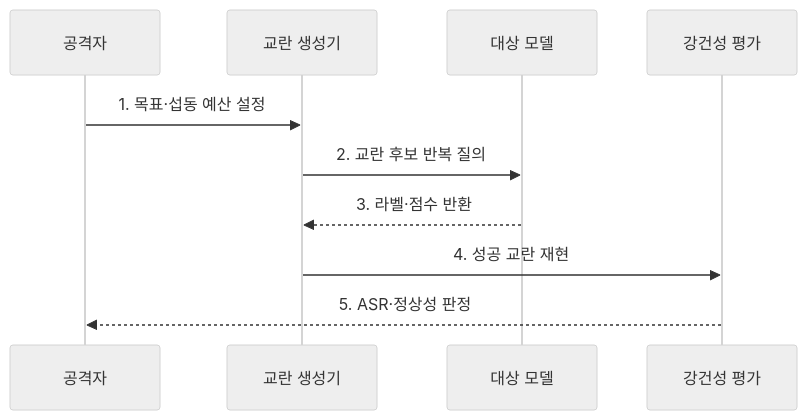
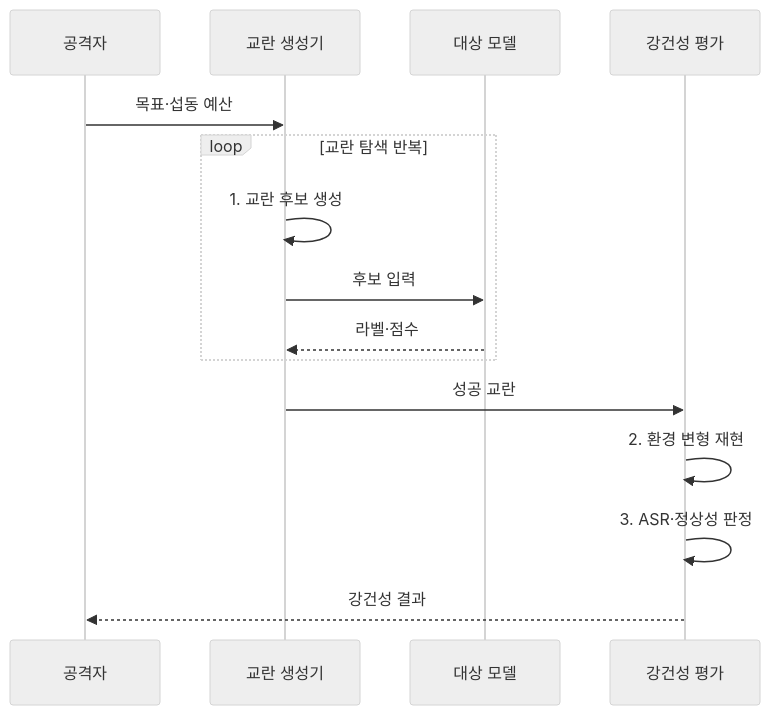
The second of 2 diagrams in src/content/docs/notes/05-security/086_adversarial_example.md (agnusdei1207/knowledge-base), drawn with Mermaid (neutral theme) before and after one commit. The commit also changed other lines of this file and 20 other files, not shown here.

````diff
--- a/src/content/docs/notes/05-security/086_adversarial_example.md
+++ b/src/content/docs/notes/05-security/086_adversarial_example.md
@@ -84,12 +84,17 @@
 ```mermaid
 sequenceDiagram
     participant A as 공격자
     participant G as 교란 생성기
     participant M as 대상 모델
     participant E as 강건성 평가
-    A->>G: 1. 목표·섭동 예산 설정
-    G->>M: 2. 교란 후보 반복 질의
-    M-->>G: 3. 라벨·점수 반환
-    G->>E: 4. 성공 교란 재현
-    E-->>A: 5. ASR·정상성 판정
+    A->>G: 목표·섭동 예산
+    loop 교란 탐색 반복
+        G->>G: 1. 교란 후보 생성
+        G->>M: 후보 입력
+        M-->>G: 라벨·점수
+    end
+    G->>E: 성공 교란
+    E->>E: 2. 환경 변형 재현
+    E->>E: 3. ASR·정상성 판정
+    E-->>A: 강건성 결과
 ```
````
